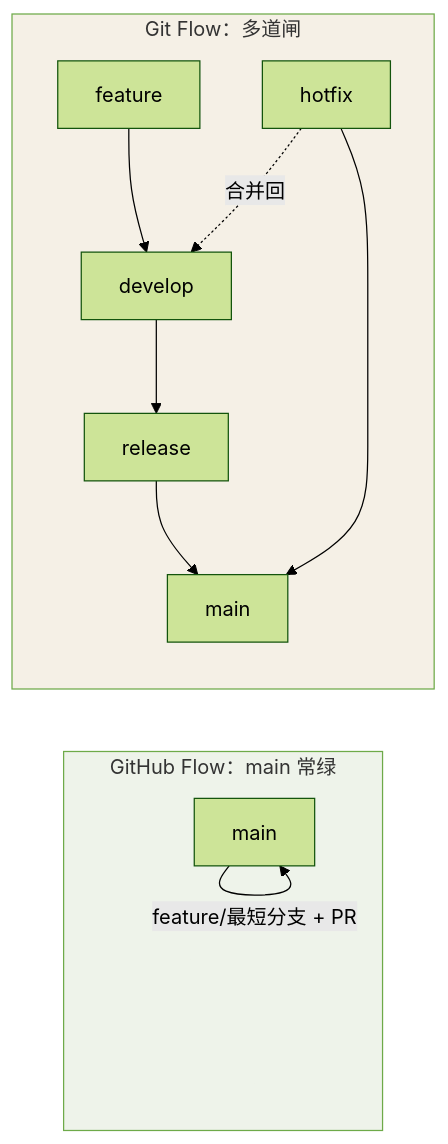
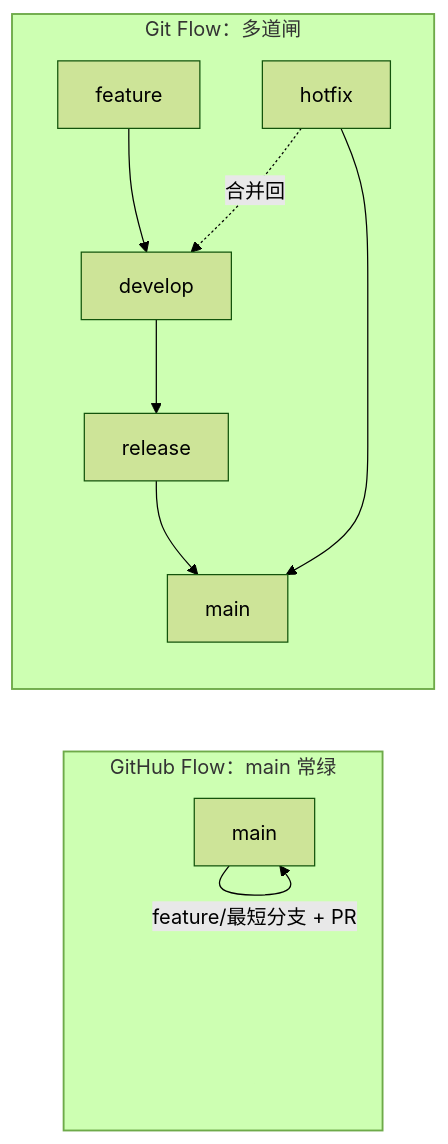
One commit to Loadhao/ascension changed the diagram in src/content/docs/git/advanced/workflow/03-team-standards.md. Above: the diagram before and after it, drawn with Mermaid (forest theme). The commit also changed 87 other files, not shown here.

First line of the commit message:
fix: 全站图表配色改由主题接管，修复暗色主题下浅底浅字看不清

````diff
--- a/src/content/docs/git/advanced/workflow/03-team-standards.md
+++ b/src/content/docs/git/advanced/workflow/03-team-standards.md
@@ -45,15 +45,17 @@
 ```mermaid
 flowchart LR
     subgraph GH["GitHub Flow：main 常绿"]
         GH_M[main] -->|feature/最短分支 + PR| GH_M
     end
     subgraph GF["Git Flow：多道闸"]
         GF_F[feature] --> GF_D[develop]
         GF_D --> GF_R[release]
         GF_R --> GF_M[main]
         GF_H[hotfix] --> GF_M
         GF_H -.合并回.-> GF_D
     end
-    style GH fill:#eef3ea
-    style GF fill:#f5f0e6
+    class GH good
+    class GF hl
+    classDef good stroke-width:1.5px
+    classDef hl stroke-width:1.5px
 ```
````
